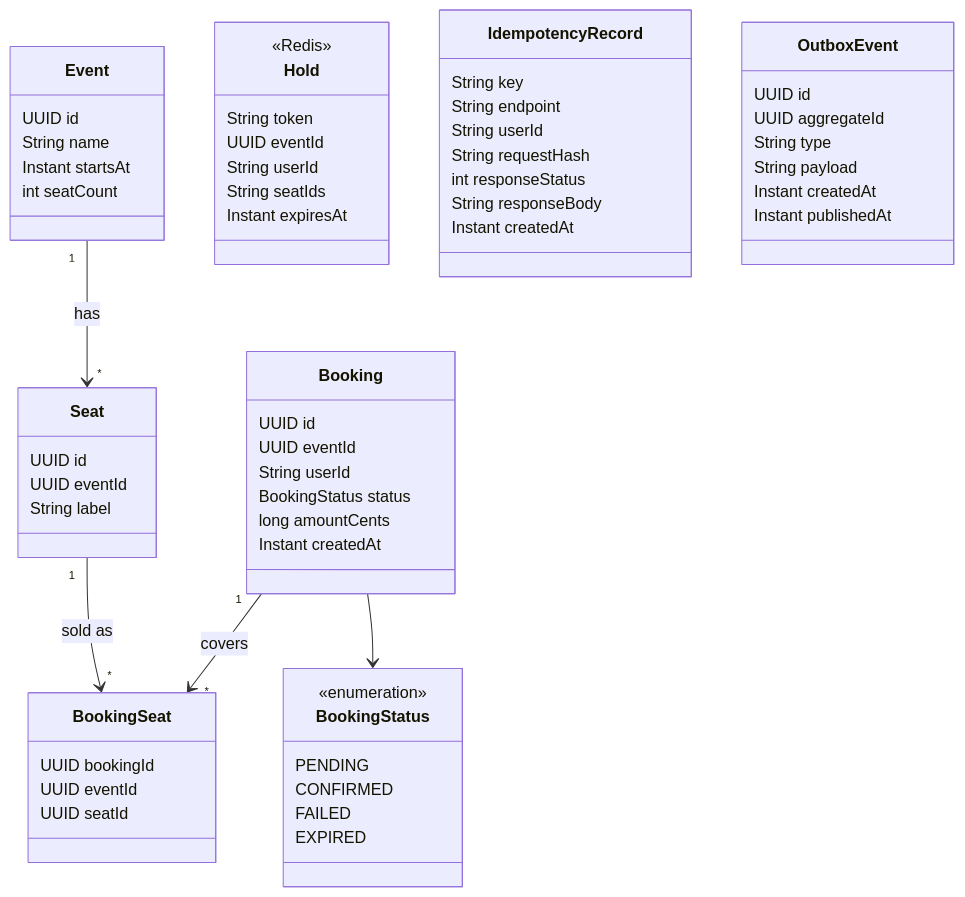
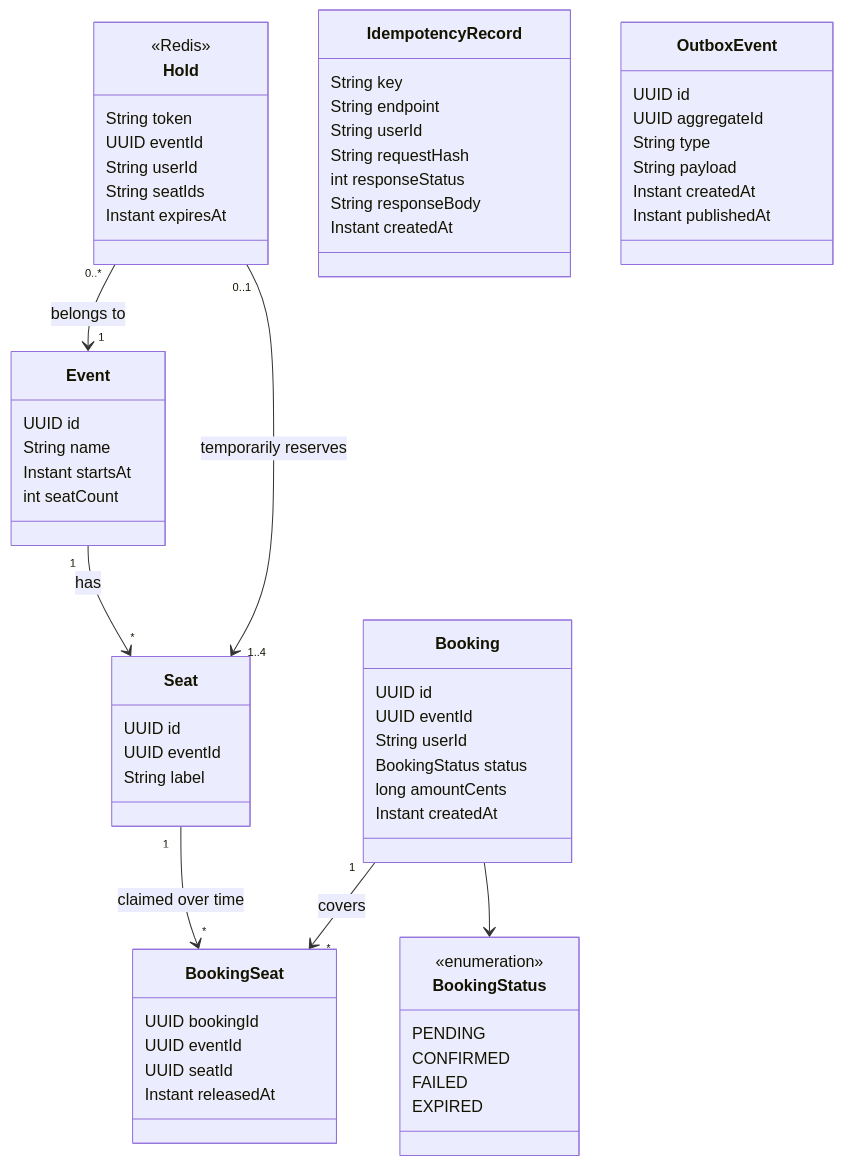
Before and after one commit to mohitpatil003/oneseat-booking-platform: the third of 5 diagrams in docs/architecture.md, drawn with Mermaid. The commit also changed other lines of this file and 4 other files, not shown here.

Commit message:
docs: define database schema and API endpoints

````diff
--- a/docs/architecture.md
+++ b/docs/architecture.md
@@ -253,63 +248,67 @@
 ```mermaid
 classDiagram
     class Event {
         UUID id
         String name
         Instant startsAt
         int seatCount
     }
     class Seat {
         UUID id
         UUID eventId
         String label
     }
     class Hold {
         <<Redis>>
         String token
         UUID eventId
         String userId
         String seatIds
         Instant expiresAt
     }
     class Booking {
         UUID id
         UUID eventId
         String userId
         BookingStatus status
         long amountCents
         Instant createdAt
     }
     class BookingStatus {
         <<enumeration>>
         PENDING
         CONFIRMED
         FAILED
         EXPIRED
     }
     class BookingSeat {
         UUID bookingId
         UUID eventId
         UUID seatId
+        Instant releasedAt
     }
     class IdempotencyRecord {
         String key
         String endpoint
         String userId
         String requestHash
         int responseStatus
         String responseBody
         Instant createdAt
     }
     class OutboxEvent {
         UUID id
         UUID aggregateId
         String type
         String payload
         Instant createdAt
         Instant publishedAt
     }
+
     Event "1" --> "*" Seat : has
+    Hold "0..*" --> "1" Event : belongs to
+    Hold "0..1" --> "1..4" Seat : temporarily reserves
     Booking "1" --> "*" BookingSeat : covers
-    Seat "1" --> "*" BookingSeat : sold as
+    Seat "1" --> "*" BookingSeat : claimed over time
     Booking --> BookingStatus
 ```
````
